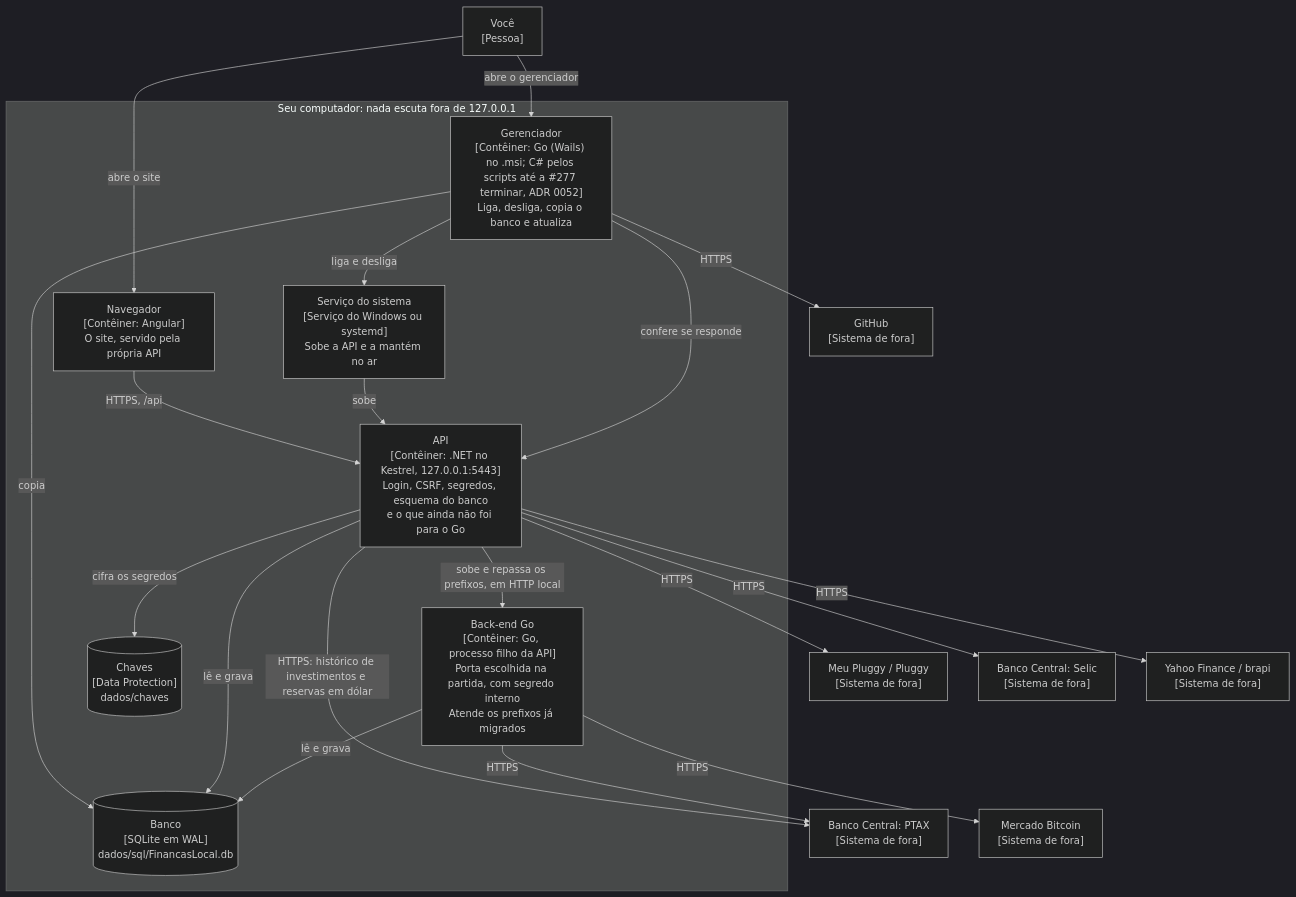
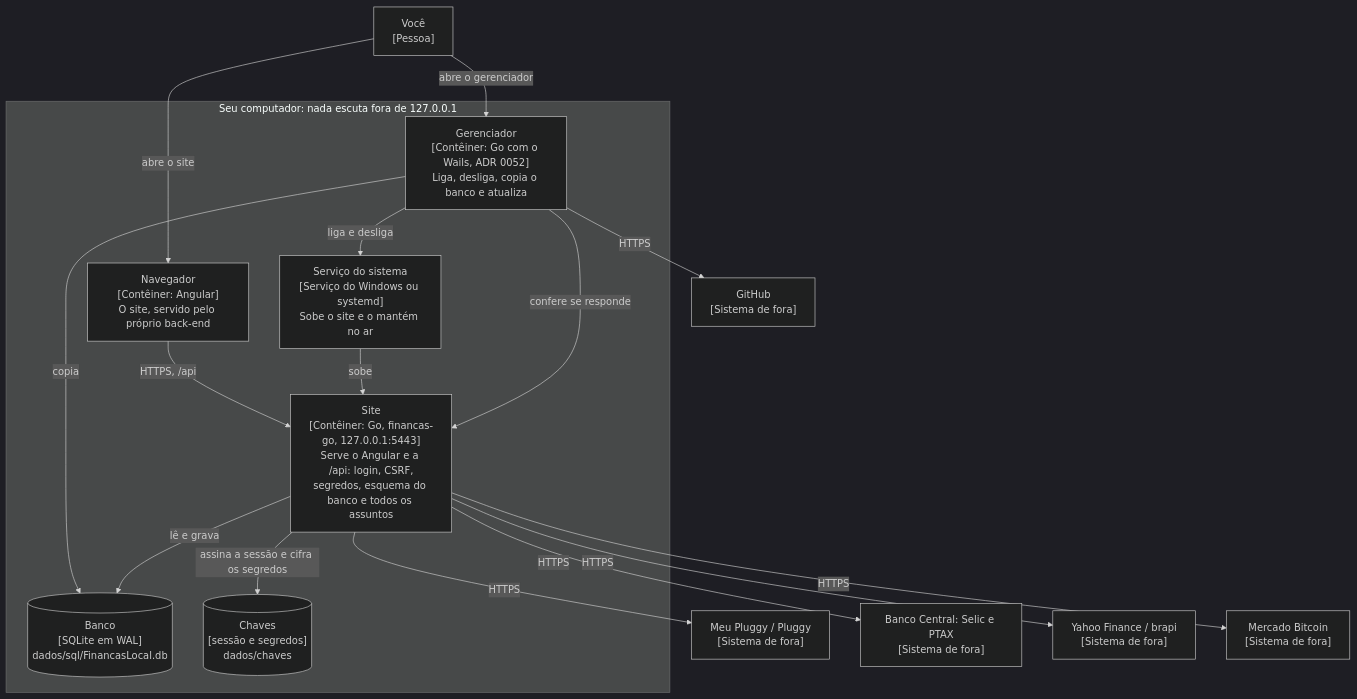
The second of 6 diagrams in docs/ARQUITETURA.md (LucasDesenvGit/financas-local), drawn with Mermaid (dark theme) before and after one commit. The commit also changed other lines of this file and 28 other files, not shown here.

````diff
--- a/docs/ARQUITETURA.md
+++ b/docs/ARQUITETURA.md
@@ -33,40 +33,34 @@
 ```mermaid
 flowchart TB
     pessoa["Você<br/>[Pessoa]"]
 
     subgraph computador["Seu computador: nada escuta fora de 127.0.0.1"]
-        navegador["Navegador<br/>[Contêiner: Angular]<br/>O site, servido pela própria API"]
-        servico["Serviço do sistema<br/>[Serviço do Windows ou systemd]<br/>Sobe a API e a mantém no ar"]
-        gerenciador["Gerenciador<br/>[Contêiner: Go (Wails) no .msi; C# pelos scripts até a #277 terminar, ADR 0052]<br/>Liga, desliga, copia o banco e atualiza"]
-        api["API<br/>[Contêiner: .NET no Kestrel, 127.0.0.1:5443]<br/>Login, CSRF, segredos, esquema do banco<br/>e o que ainda não foi para o Go"]
-        go["Back-end Go<br/>[Contêiner: Go, processo filho da API]<br/>Porta escolhida na partida, com segredo interno<br/>Atende os prefixos já migrados"]
+        navegador["Navegador<br/>[Contêiner: Angular]<br/>O site, servido pelo próprio back-end"]
+        servico["Serviço do sistema<br/>[Serviço do Windows ou systemd]<br/>Sobe o site e o mantém no ar"]
+        gerenciador["Gerenciador<br/>[Contêiner: Go com o Wails, ADR 0052]<br/>Liga, desliga, copia o banco e atualiza"]
+        site["Site<br/>[Contêiner: Go, financas-go, 127.0.0.1:5443]<br/>Serve o Angular e a /api: login, CSRF,<br/>segredos, esquema do banco e todos os assuntos"]
         banco[("Banco<br/>[SQLite em WAL]<br/>dados/sql/FinancasLocal.db")]
-        chaves[("Chaves<br/>[Data Protection]<br/>dados/chaves")]
+        chaves[("Chaves<br/>[sessão e segredos]<br/>dados/chaves")]
     end
 
     pluggy["Meu Pluggy / Pluggy<br/>[Sistema de fora]"]
-    selic["Banco Central: Selic<br/>[Sistema de fora]"]
-    ptax["Banco Central: PTAX<br/>[Sistema de fora]"]
+    bcb["Banco Central: Selic e PTAX<br/>[Sistema de fora]"]
     cotacoes["Yahoo Finance / brapi<br/>[Sistema de fora]"]
     mercado["Mercado Bitcoin<br/>[Sistema de fora]"]
     github["GitHub<br/>[Sistema de fora]"]
 
     pessoa -- "abre o site" --> navegador
     pessoa -- "abre o gerenciador" --> gerenciador
-    navegador -- "HTTPS, /api" --> api
-    servico -- "sobe" --> api
+    navegador -- "HTTPS, /api" --> site
+    servico -- "sobe" --> site
     gerenciador -- "liga e desliga" --> servico
-    gerenciador -- "confere se responde" --> api
+    gerenciador -- "confere se responde" --> site
     gerenciador -- "copia" --> banco
-    api -- "sobe e repassa os prefixos, em HTTP local" --> go
-    api -- "lê e grava" --> banco
-    api -- "cifra os segredos" --> chaves
-    go -- "lê e grava" --> banco
-    api -- "HTTPS" --> pluggy
-    api -- "HTTPS" --> selic
-    api -- "HTTPS" --> cotacoes
-    api -- "HTTPS: histórico de investimentos e reservas em dólar" --> ptax
-    go -- "HTTPS" --> ptax
-    go -- "HTTPS" --> mercado
+    site -- "lê e grava" --> banco
+    site -- "assina a sessão e cifra os segredos" --> chaves
+    site -- "HTTPS" --> pluggy
+    site -- "HTTPS" --> bcb
+    site -- "HTTPS" --> cotacoes
+    site -- "HTTPS" --> mercado
     gerenciador -- "HTTPS" --> github
 ```
````
